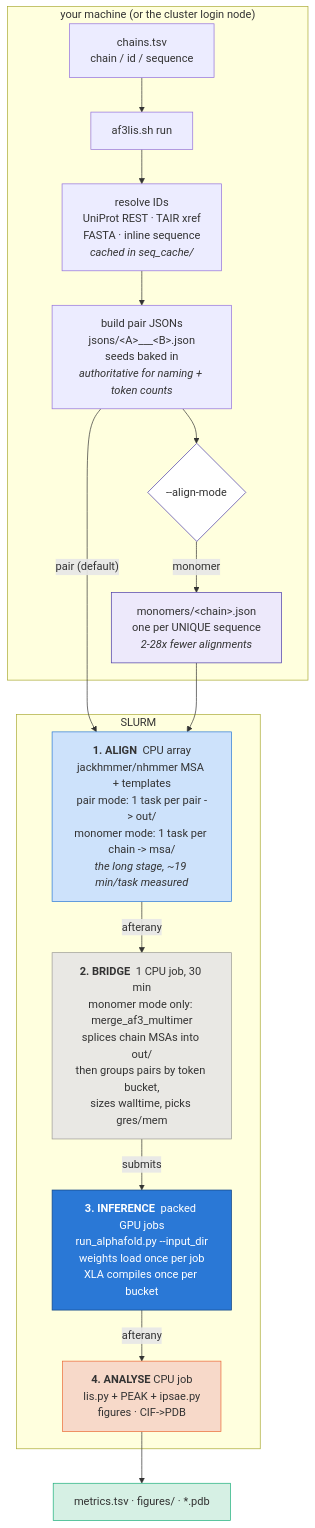
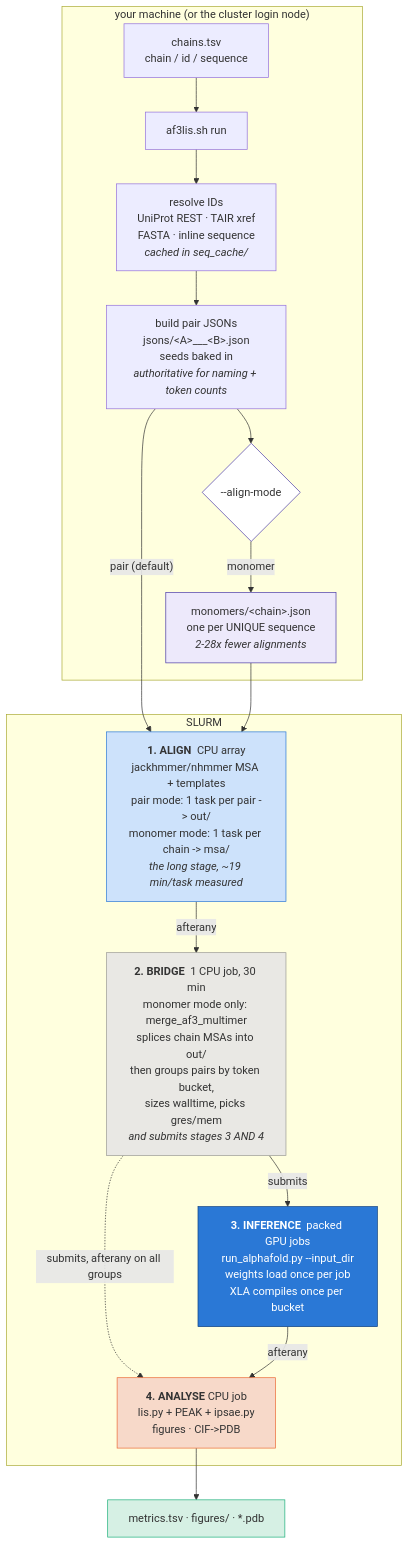
The diagram in README.md (Papareddy/af3lis), drawn with Mermaid before and after one commit. The commit also changed other lines of this file and 4 other files, not shown here.

````diff
--- a/README.md
+++ b/README.md
@@ -57,32 +57,33 @@
 ```mermaid
 flowchart TD
     subgraph L["your machine (or the cluster login node)"]
         T["chains.tsv<br/>chain / id / sequence"]
         R["af3lis.sh run"]
         T --> R
         R --> RES["resolve IDs<br/>UniProt REST · TAIR xref<br/>FASTA · inline sequence<br/><i>cached in seq_cache/</i>"]
         RES --> J["build pair JSONs<br/>jsons/&lt;A&gt;___&lt;B&gt;.json<br/>seeds baked in<br/><i>authoritative for naming + token counts</i>"]
         J --> MODE{"--align-mode"}
         MODE -->|"monomer"| MM["monomers/&lt;chain&gt;.json<br/>one per UNIQUE sequence<br/><i>2-28x fewer alignments</i>"]
     end
 
     J -->|"pair (default)"| A
     MM --> A
 
     subgraph S["SLURM"]
         A["<b>1. ALIGN</b>  CPU array<br/>jackhmmer/nhmmer MSA + templates<br/>pair mode: 1 task per pair -> out/<br/>monomer mode: 1 task per chain -> msa/<br/><i>the long stage, ~19 min/task measured</i>"]
-        A -->|afterany| B["<b>2. BRIDGE</b>  1 CPU job, 30 min<br/>monomer mode only: merge_af3_multimer<br/>splices chain MSAs into out/<br/>then groups pairs by token bucket,<br/>sizes walltime, picks gres/mem"]
+        A -->|afterany| B["<b>2. BRIDGE</b>  1 CPU job, 30 min<br/>monomer mode only: merge_af3_multimer<br/>splices chain MSAs into out/<br/>then groups pairs by token bucket,<br/>sizes walltime, picks gres/mem<br/><i>and submits stages 3 AND 4</i>"]
         B -->|submits| G["<b>3. INFERENCE</b>  packed GPU jobs<br/>run_alphafold.py --input_dir<br/>weights load once per job<br/>XLA compiles once per bucket"]
+        B -.->|"submits, afterany on all groups"| N
         G -->|afterany| N["<b>4. ANALYSE</b>  CPU job<br/>lis.py + PEAK + ipsae.py<br/>figures · CIF-&gt;PDB"]
     end
 
     N --> O["metrics.tsv · figures/ · *.pdb"]
 
     style MODE fill:#fff,stroke:#4a3aa7
     style MM fill:#ede9fb,stroke:#4a3aa7
     style A fill:#cde2fb,stroke:#2a78d6
     style B fill:#e9e8e4,stroke:#9b9a95
     style G fill:#2a78d6,stroke:#104281,color:#fff
     style N fill:#f7d9c9,stroke:#eb6834
     style O fill:#d6f0e4,stroke:#1baf7a
 ```
````
